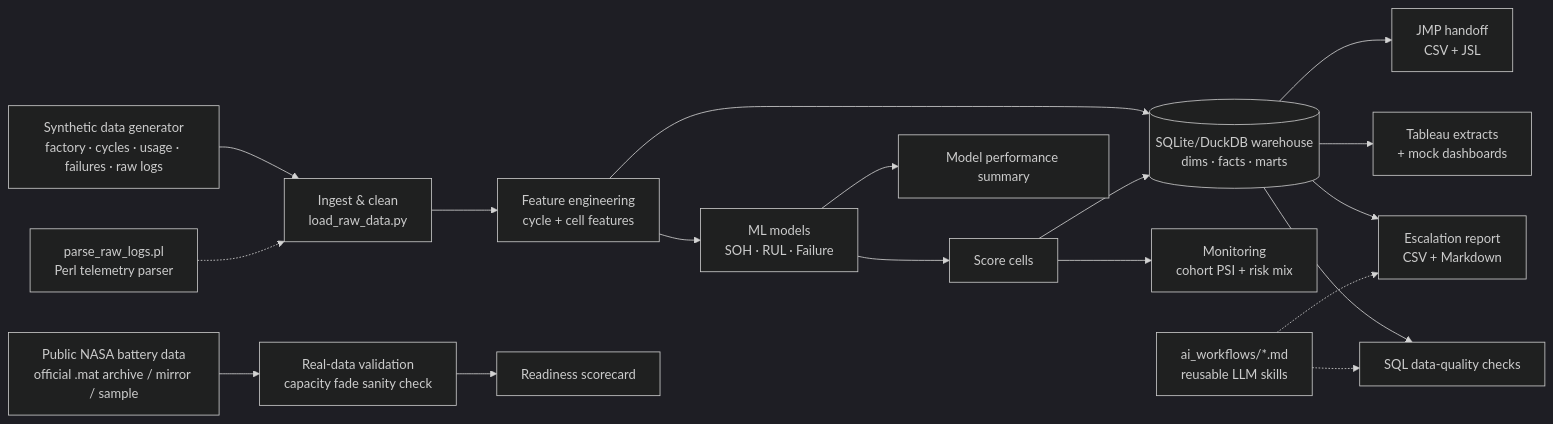
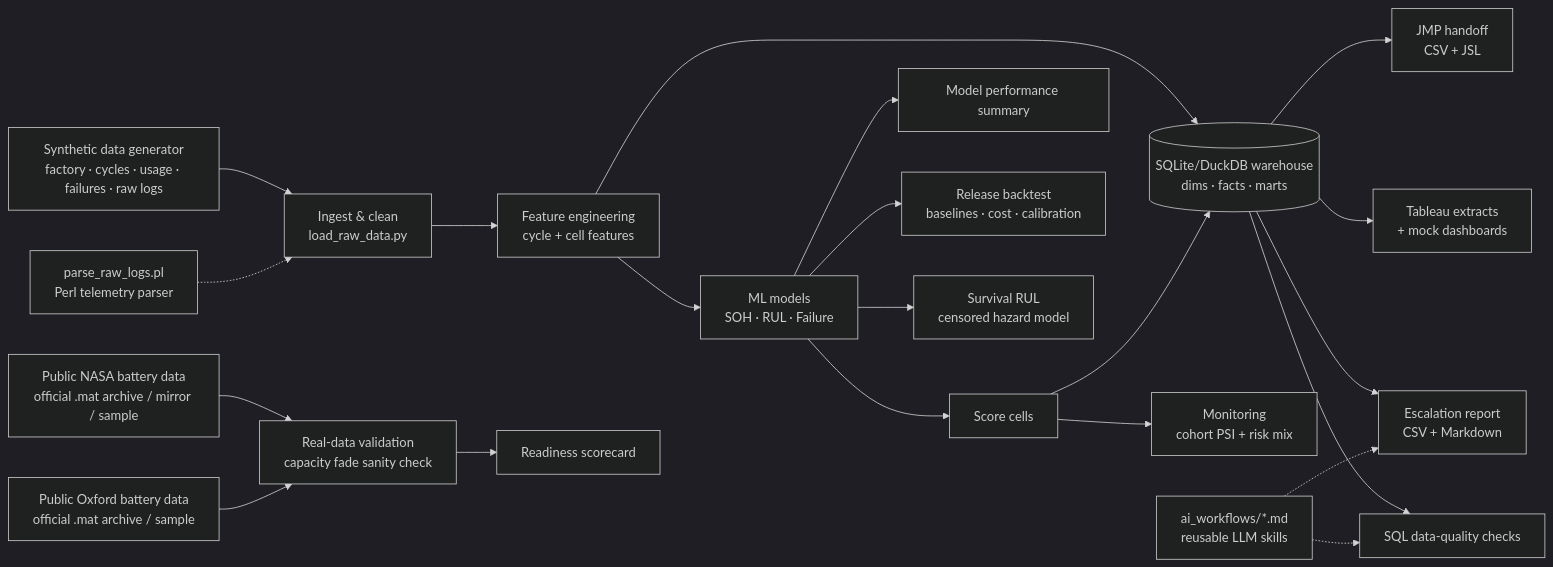
One commit to bobaoxu2001/Battery-Failure-Intelligence-Platform changed the diagram in README.md. Above: the diagram before and after it, drawn with Mermaid (dark theme). The commit also changed other lines of this file and 26 other files, not shown here.

Commit message:
Add model release backtest and survival validation

````diff
--- a/README.md
+++ b/README.md
@@ -77,20 +82,23 @@
 ```mermaid
 flowchart LR
     GEN[Synthetic data generator<br/>factory · cycles · usage · failures · raw logs] --> ING[Ingest & clean<br/>load_raw_data.py]
-    REAL[Public NASA battery data<br/>official .mat archive / mirror / sample] --> RV[Real-data validation<br/>capacity fade sanity check]
+    NASA[Public NASA battery data<br/>official .mat archive / mirror / sample] --> RV[Real-data validation<br/>capacity fade sanity check]
+    OXF[Public Oxford battery data<br/>official .mat archive / sample] --> RV
     PERL[parse_raw_logs.pl<br/>Perl telemetry parser] -.-> ING
     ING --> FEAT[Feature engineering<br/>cycle + cell features]
     FEAT --> WH[(SQLite/DuckDB warehouse<br/>dims · facts · marts)]
     WH --> QC[SQL data-quality checks]
     FEAT --> ML[ML models<br/>SOH · RUL · Failure]
     ML --> SCORE[Score cells]
     SCORE --> WH
     WH --> ESC[Escalation report<br/>CSV + Markdown]
     WH --> TAB[Tableau extracts<br/>+ mock dashboards]
     WH --> JMP[JMP handoff<br/>CSV + JSL]
     ML --> PERF[Model performance summary]
+    ML --> REL[Release backtest<br/>baselines · cost · calibration]
+    ML --> SURV[Survival RUL<br/>censored hazard model]
     SCORE --> MON[Monitoring<br/>cohort PSI + risk mix]
     RV --> SCORECARD[Readiness scorecard]
     AI[ai_workflows/*.md<br/>reusable LLM skills] -.-> ESC
     AI -.-> QC
 ```
````
